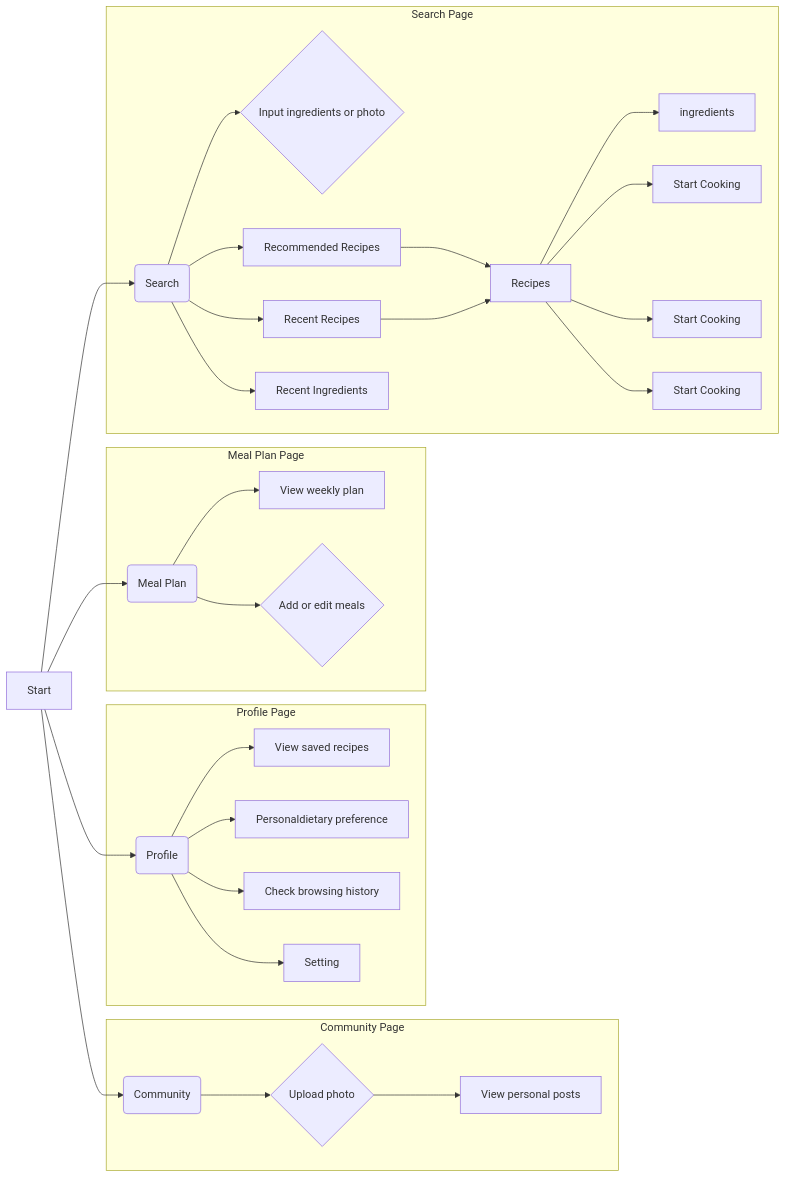
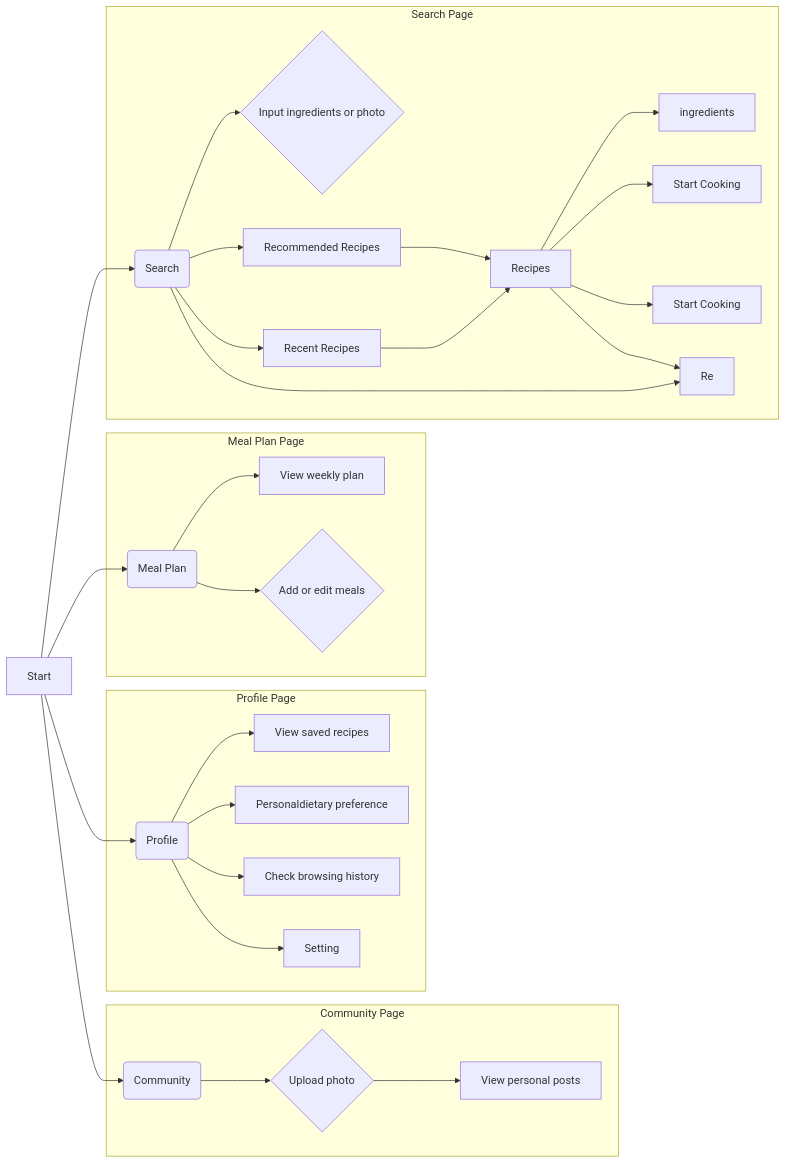
Before and after one commit to seven8301/iodraw-files: the diagram in all/未命名-2.md, drawn with Mermaid.

Commit message:
2025-04-09 20:46:09 update

````diff
--- a/all/未命名-2.md
+++ b/all/未命名-2.md
@@ -1,37 +1,37 @@
 ```mermaid
 graph LR
     A[Start] --> B(Search);
     A --> C(Community);
     A --> D(Meal Plan);
     A --> E(Profile);
 
     
     subgraph "Profile Page"
         E --> L[View saved recipes];
         E --> Q[Personaldietary preference];
         E --> M[Check browsing history];
         E --> P[Setting];
 
         
     end
       subgraph "Meal Plan Page"
         D --> J[View weekly plan];
         D --> K{Add or edit meals};
     end
      subgraph "Community Page"
         C --> H{Upload photo};
         H --> I[View personal posts];
     end
     subgraph "Search Page"
         B --> F{Input ingredients or photo};
         B --> G[Recommended Recipes];
         G --> R[Recipes];
         O --> R[Recipes];
         R --> S[ingredients];
         R --> T[Start Cooking];
         R --> U[Start Cooking];
         R --> V[Start Cooking];
-        B --> N[Recent Ingredients];
+        B --> V[Re];
         B --> O[Recent Recipes];
     end
 ```
````
